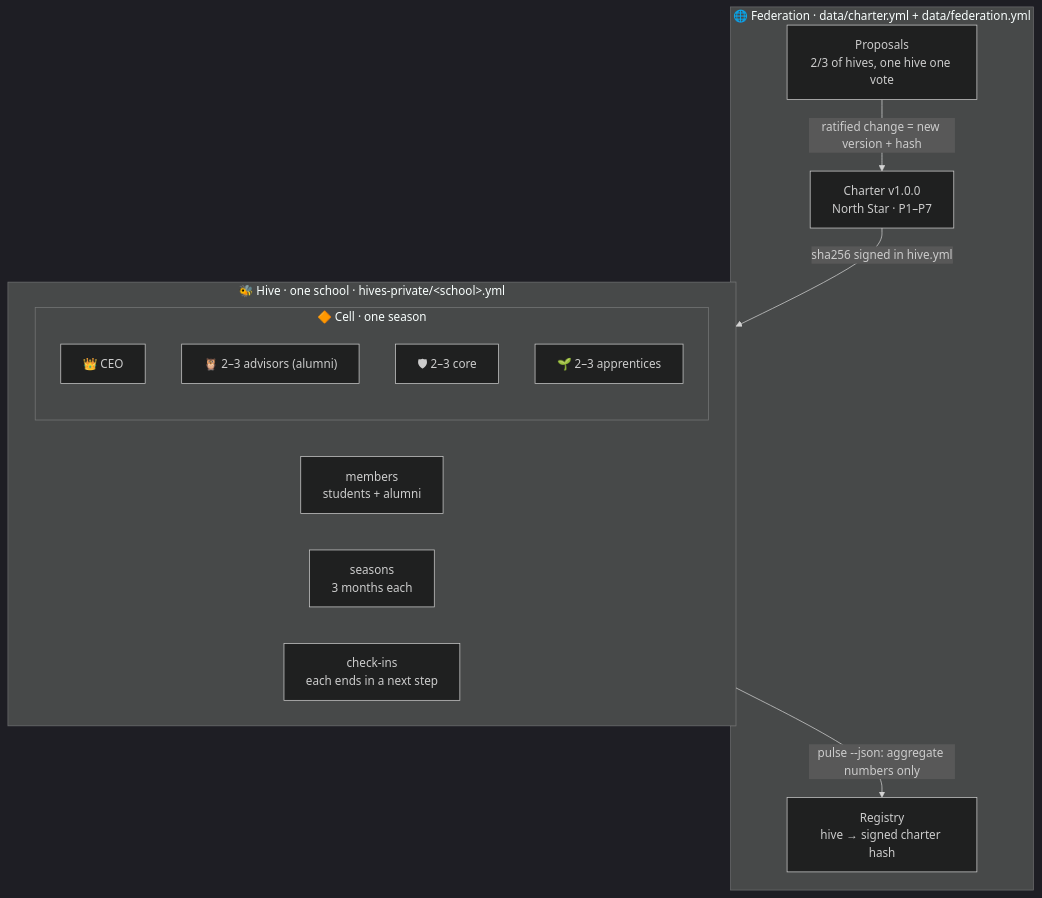
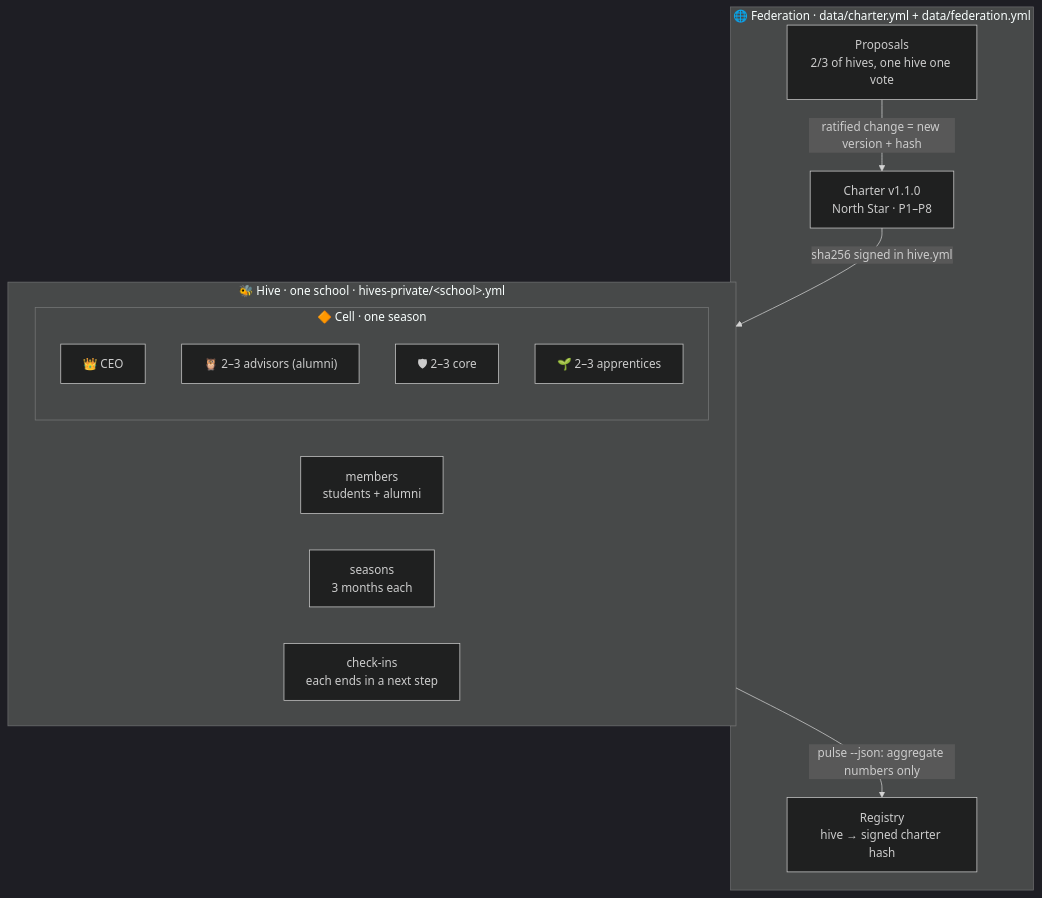
One commit to wjlgatech/alumni-honeycomb changed the diagram in docs/ARCHITECTURE.md. Above: the diagram before and after it, drawn with Mermaid (dark theme). The commit also changed 6 other files, not shown here.

````diff
--- a/docs/ARCHITECTURE.md
+++ b/docs/ARCHITECTURE.md
@@ -13,22 +13,22 @@
 ```mermaid
 flowchart TB
   subgraph F["🌐 Federation · data/charter.yml + data/federation.yml"]
-    C["Charter v1.0.0<br/>North Star · P1–P7"]
+    C["Charter v1.1.0<br/>North Star · P1–P8"]
     R["Registry<br/>hive → signed charter hash"]
     V["Proposals<br/>2/3 of hives, one hive one vote"]
   end
   subgraph H1["🐝 Hive · one school · hives-private/&lt;school&gt;.yml"]
     M["members<br/>students + alumni"]
     S["seasons<br/>3 months each"]
     subgraph Cell["🔶 Cell · one season"]
       CEO["👑 CEO"]
       A["🦉 2–3 advisors (alumni)"]
       K["🛡 2–3 core"]
       P["🌱 2–3 apprentices"]
     end
     CI["check-ins<br/>each ends in a next step"]
   end
   C -->|sha256 signed in hive.yml| H1
   H1 -->|pulse --json: aggregate numbers only| R
   V -->|ratified change = new version + hash| C
 ```
````
